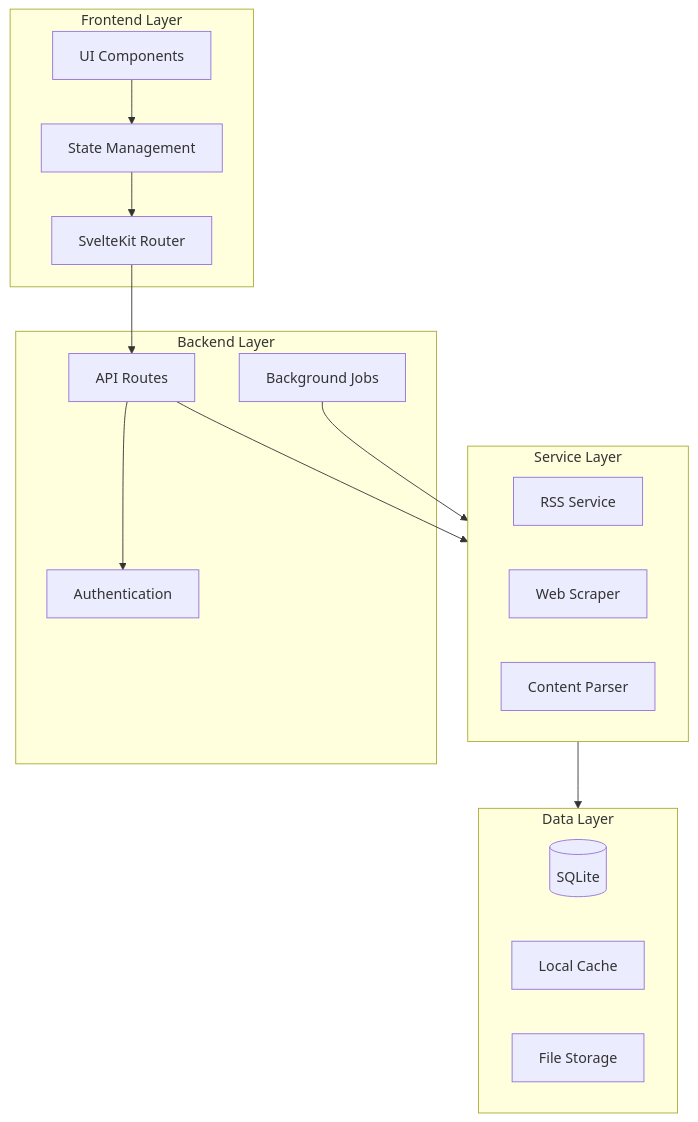
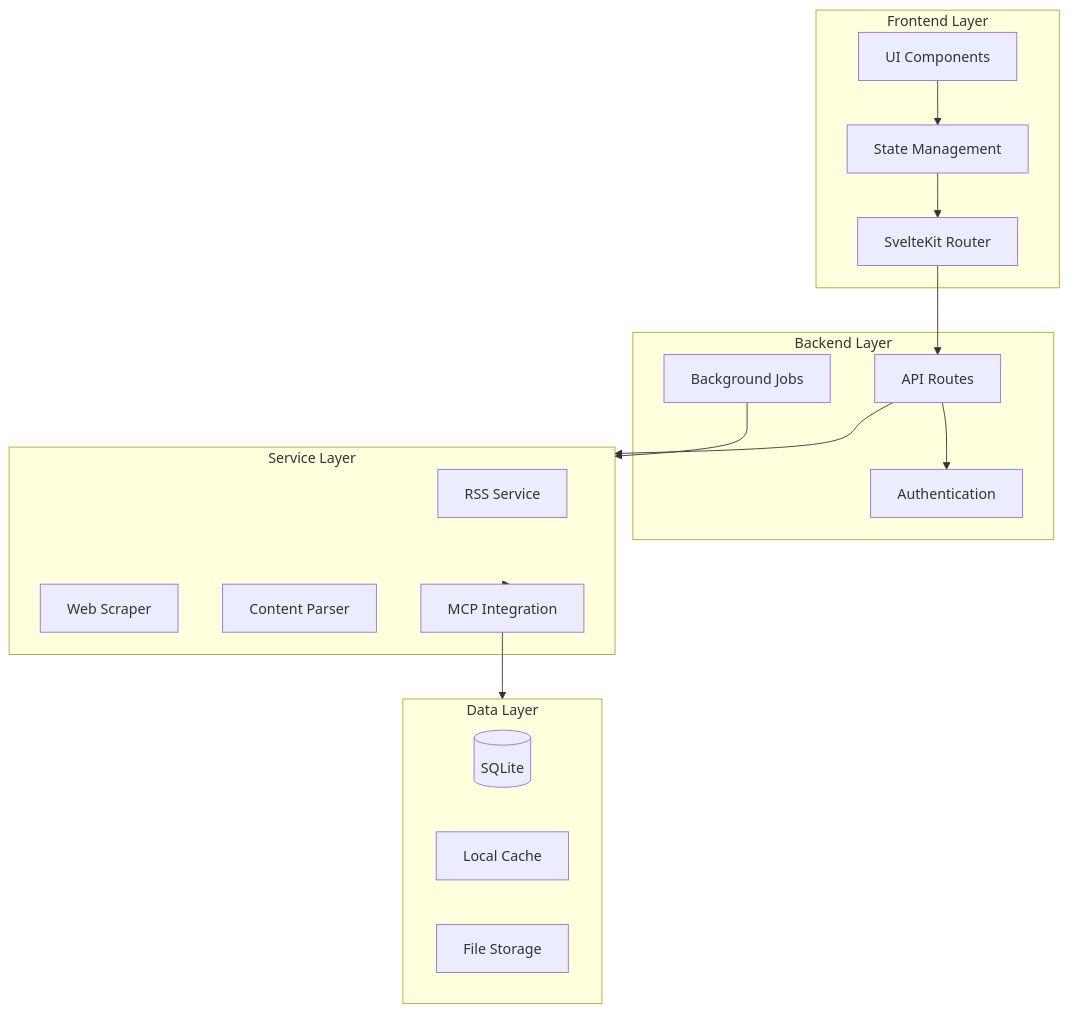
Before and after one commit to caramoussin/webinsight: the fourth of 4 diagrams in documentations/specifications.md, drawn with Mermaid. The commit also changed other lines of this file and 4 other files, not shown here.

````diff
--- a/documentations/specifications.md
+++ b/documentations/specifications.md
@@ -291,34 +217,32 @@
 ```mermaid
 graph TD
     subgraph Frontend["Frontend Layer"]
         UI[UI Components]
         State[State Management]
         Router[SvelteKit Router]
     end
-
     subgraph Backend["Backend Layer"]
         API[API Routes]
         Auth[Authentication]
         Jobs[Background Jobs]
     end
-
     subgraph Services["Service Layer"]
         RSS[RSS Service]
         Scraper[Web Scraper]
         Parser[Content Parser]
+        MCP[MCP Integration]
     end
-
     subgraph Data["Data Layer"]
         DB[(SQLite)]
         Cache[Local Cache]
         Files[File Storage]
     end
-
     UI --> State
     State --> Router
     Router --> API
     API --> Auth
     API --> Services
     Jobs --> Services
-    Services --> Data
+    Services --> MCP
+    MCP --> Data
 ```
````
